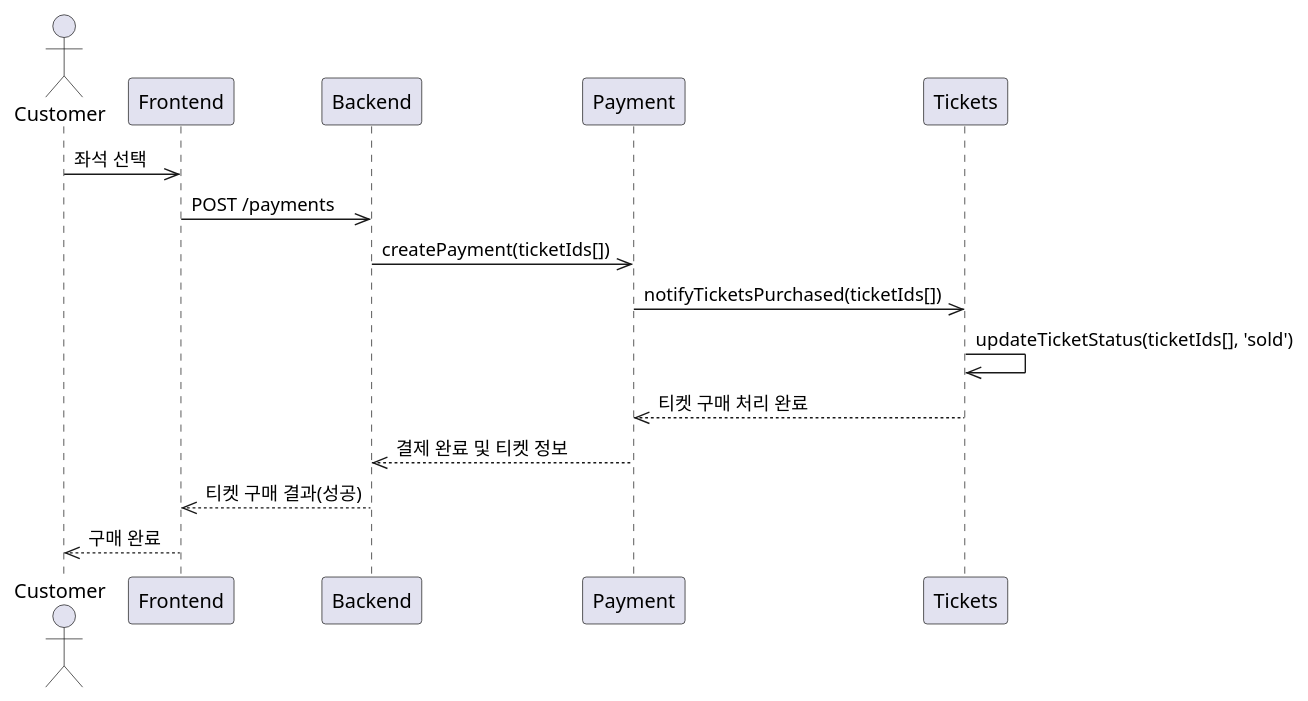
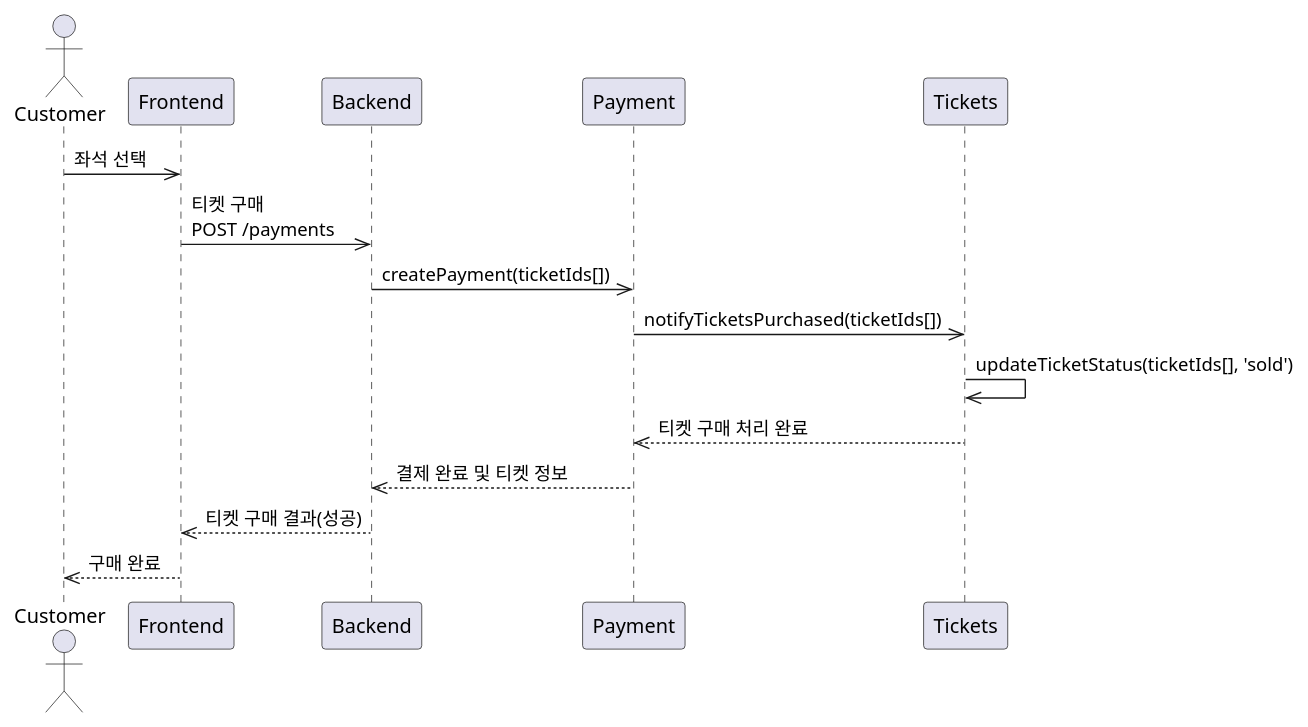
The sixth of 6 diagrams in docs/tickets-purchase.md (hunjuly/nest-seed), drawn with PlantUML before and after one commit. The commit also changed other lines of this file and 6 other files, not shown here.

````diff
--- a/docs/tickets-purchase.md
+++ b/docs/tickets-purchase.md
@@ -176,15 +174,15 @@
 ```plantuml
 @startuml
 actor Customer
 
 Customer->>Frontend: 좌석 선택
-    Frontend->>Backend: POST /payments
+    Frontend->>Backend: 티켓 구매\nPOST /payments
         Backend->>Payment: createPayment(ticketIds[])
             Payment->>Tickets: notifyTicketsPurchased(ticketIds[])
                 Tickets->>Tickets: updateTicketStatus(ticketIds[], 'sold')
             Tickets-->>Payment: 티켓 구매 처리 완료
         Payment-->>Backend: 결제 완료 및 티켓 정보
     Backend-->>Frontend: 티켓 구매 결과(성공)
 Frontend-->>Customer: 구매 완료
 @enduml
 ```
````
